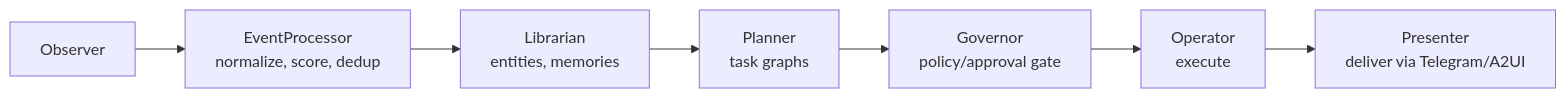
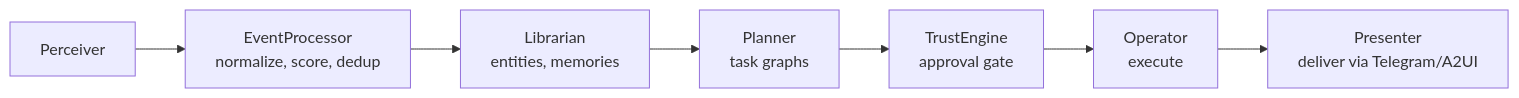
One commit to shivadharmi/muldro changed the second of 2 diagrams in docs/architecture/overview.md. Above: the diagram before and after it, drawn with Mermaid. The commit also changed other lines of this file and 11 other files, not shown here.

First line of the commit message:
docs: update all architecture docs and README for post-15-spec redesign

````diff
--- a/docs/architecture/overview.md
+++ b/docs/architecture/overview.md
@@ -165,9 +163,9 @@
 ```mermaid
 graph LR
-    A[Observer] --> B[EventProcessor<br/>normalize, score, dedup]
+    A[Perceiver] --> B[EventProcessor<br/>normalize, score, dedup]
     B --> C[Librarian<br/>entities, memories]
     C --> D[Planner<br/>task graphs]
-    D --> E[Governor<br/>policy/approval gate]
+    D --> E[TrustEngine<br/>approval gate]
     E --> F[Operator<br/>execute]
     F --> G[Presenter<br/>deliver via Telegram/A2UI]
 ```
````
